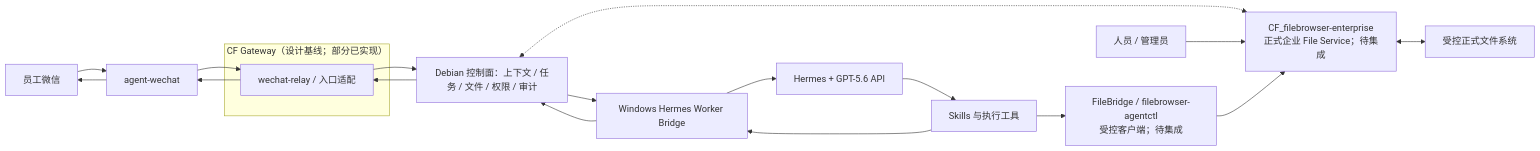
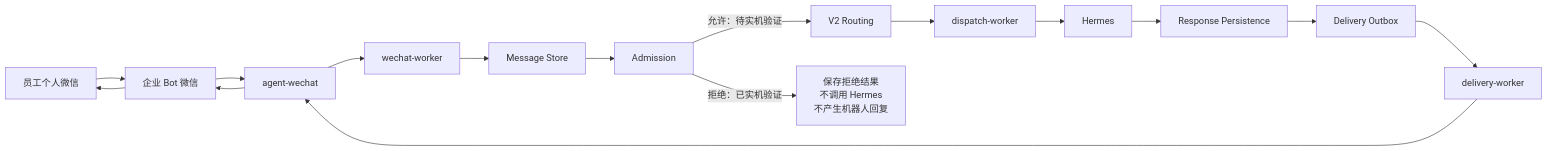
Before and after one commit to Tangbohu09527/CF_ecommerce-automation-docs: the first of 3 diagrams in 02_系统设计.md, drawn with Mermaid. The commit also changed other lines of this file and 15 other files, not shown here.

Commit message:
docs: sync WeChat gateway production architecture and status

````diff
--- a/02_系统设计.md
+++ b/02_系统设计.md
@@ -7,17 +7,17 @@
 ```mermaid
 flowchart LR
-    W["员工微信"] --> A["agent-wechat"]
-    subgraph G["CF Gateway（设计基线；部分已实现）"]
-        R["wechat-relay / 入口适配"]
-    end
-    A --> R
-    R --> C["Debian 控制面：上下文 / 任务 / 文件 / 权限 / 审计"]
-    C --> B["Windows Hermes Worker Bridge"]
-    B --> H["Hermes + GPT-5.6 API"]
-    H --> S["Skills 与执行工具"]
-    S --> B --> C --> R --> A --> W
-    C <-.-> F["CF_filebrowser-enterprise<br/>正式企业 File Service；待集成"]
-    F <--> FS["受控正式文件系统"]
-    U["人员 / 管理员"] --> F
-    S --> FC["FileBridge / filebrowser-agentctl<br/>受控客户端；待集成"] --> F
+    E["员工个人微信"] --> B["企业 Bot 微信"]
+    B --> AW["agent-wechat"]
+    AW --> WW["wechat-worker"]
+    WW --> MS["Message Store"]
+    MS --> AD["Admission"]
+    AD -->|"允许：待实机验证"| VR["V2 Routing"]
+    VR --> DW["dispatch-worker"]
+    DW --> H["Hermes"]
+    H --> RP["Response Persistence"]
+    RP --> DO["Delivery Outbox"]
+    DO --> DLW["delivery-worker"]
+    DLW --> AW
+    AW --> B --> E
+    AD -->|"拒绝：已实机验证"| DENY["保存拒绝结果<br/>不调用 Hermes<br/>不产生机器人回复"]
 ```
````
